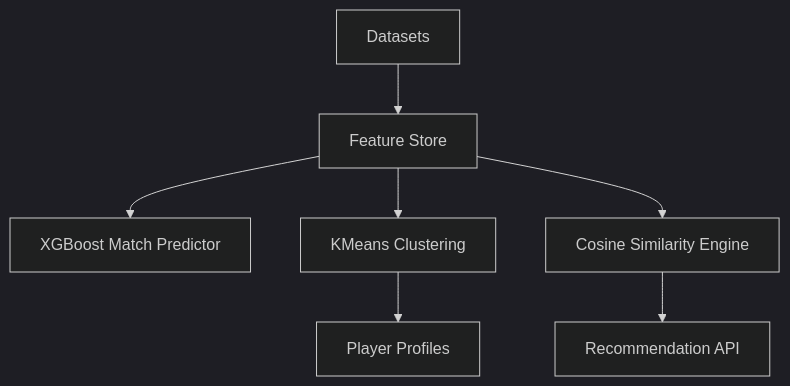
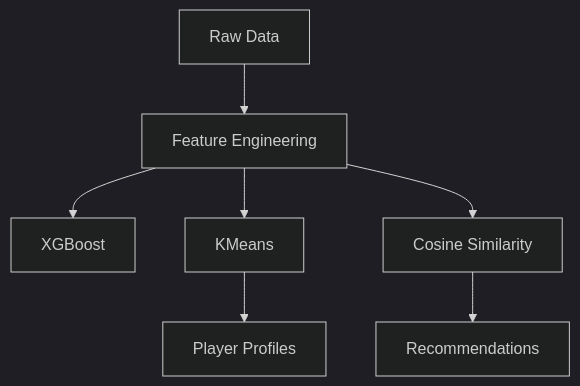
One commit to sai-ganesh-4539/StatVault changed the third of 6 diagrams in Model_Metrcis_Report.md. Above: the diagram before and after it, drawn with Mermaid (dark theme). The commit also changed other lines of this file, not shown here.

````diff
--- a/Model_Metrcis_Report.md
+++ b/Model_Metrcis_Report.md
@@ -45,10 +46,9 @@
 ```mermaid
 graph TD
-A[Datasets]
-A-->B[Feature Store]
-B-->C[XGBoost Match Predictor]
-B-->D[KMeans Clustering]
-B-->E[Cosine Similarity Engine]
+A[Raw Data]-->B[Feature Engineering]
+B-->C[XGBoost]
+B-->D[KMeans]
+B-->E[Cosine Similarity]
 D-->F[Player Profiles]
-E-->G[Recommendation API]
+E-->G[Recommendations]
 ```
````
